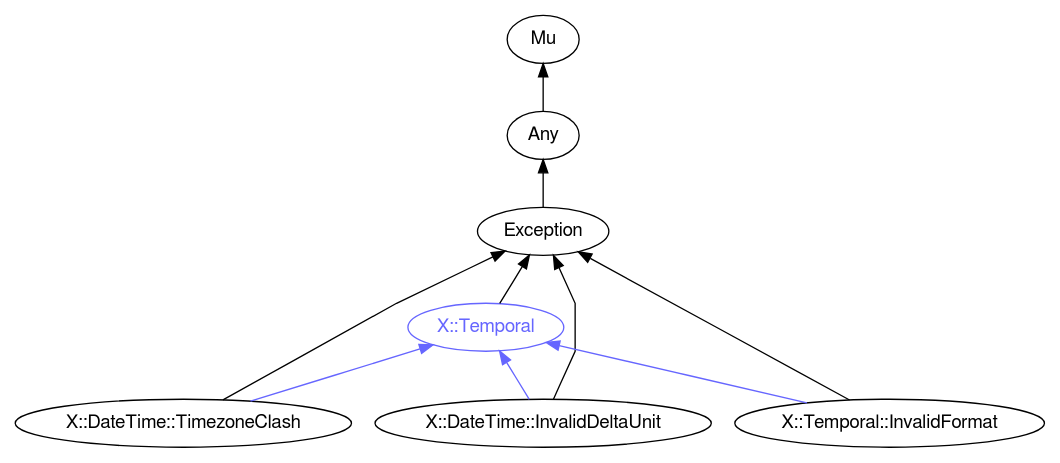
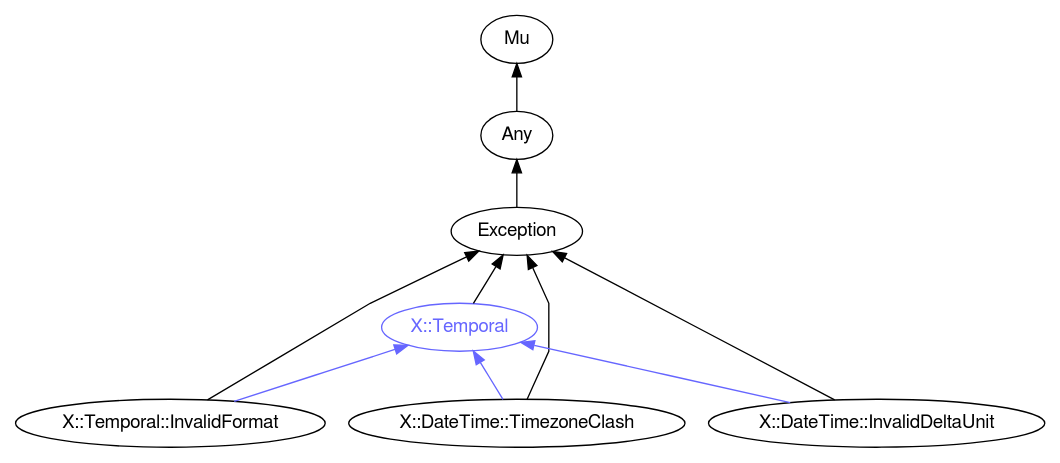
Before and after one commit to perl6docs/perl6docs.github.io: the diagram in images/type-graph-X::Temporal.svg.dot, drawn with Graphviz. The commit also changed other lines of this file and 1889 other files, not shown here.

```diff
--- a/images/type-graph-X::Temporal.svg.dot
+++ b/images/type-graph-X::Temporal.svg.dot
@@ -1,26 +1,26 @@
 digraph "perl6-type-graph" {
     rankdir=BT;
     splines=polyline;
     overlap=false; 
     // Types
     "X::Temporal" [color="#6666FF", fontcolor="#6666FF", href="/type/X::Temporal", fontname="FreeSans"];
     "Mu" [color="#000000", fontcolor="#000000", href="/type/Mu", fontname="FreeSans"];
     "Any" [color="#000000", fontcolor="#000000", href="/type/Any", fontname="FreeSans"];
     "Exception" [color="#000000", fontcolor="#000000", href="/type/Exception", fontname="FreeSans"];
+    "X::Temporal::InvalidFormat" [color="#000000", fontcolor="#000000", href="/type/X::Temporal::InvalidFormat", fontname="FreeSans"];
     "X::DateTime::TimezoneClash" [color="#000000", fontcolor="#000000", href="/type/X::DateTime::TimezoneClash", fontname="FreeSans"];
     "X::DateTime::InvalidDeltaUnit" [color="#000000", fontcolor="#000000", href="/type/X::DateTime::InvalidDeltaUnit", fontname="FreeSans"];
-    "X::Temporal::InvalidFormat" [color="#000000", fontcolor="#000000", href="/type/X::Temporal::InvalidFormat", fontname="FreeSans"];
 
     // Superclasses
     "X::Temporal" -> "Exception" [color="#000000"];
     "Any" -> "Mu" [color="#000000"];
     "Exception" -> "Any" [color="#000000"];
+    "X::Temporal::InvalidFormat" -> "Exception" [color="#000000"];
     "X::DateTime::TimezoneClash" -> "Exception" [color="#000000"];
     "X::DateTime::InvalidDeltaUnit" -> "Exception" [color="#000000"];
-    "X::Temporal::InvalidFormat" -> "Exception" [color="#000000"];
 
     // Roles
+    "X::Temporal::InvalidFormat" -> "X::Temporal" [color="#6666FF"];
     "X::DateTime::TimezoneClash" -> "X::Temporal" [color="#6666FF"];
     "X::DateTime::InvalidDeltaUnit" -> "X::Temporal" [color="#6666FF"];
-    "X::Temporal::InvalidFormat" -> "X::Temporal" [color="#6666FF"];
 }
```
